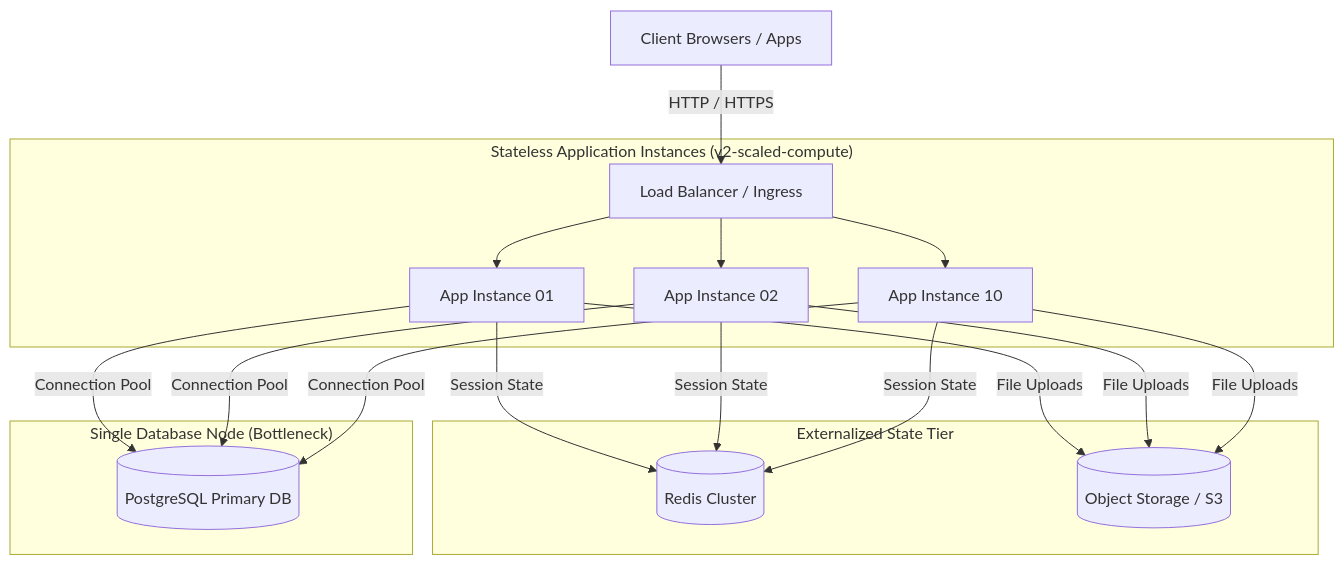
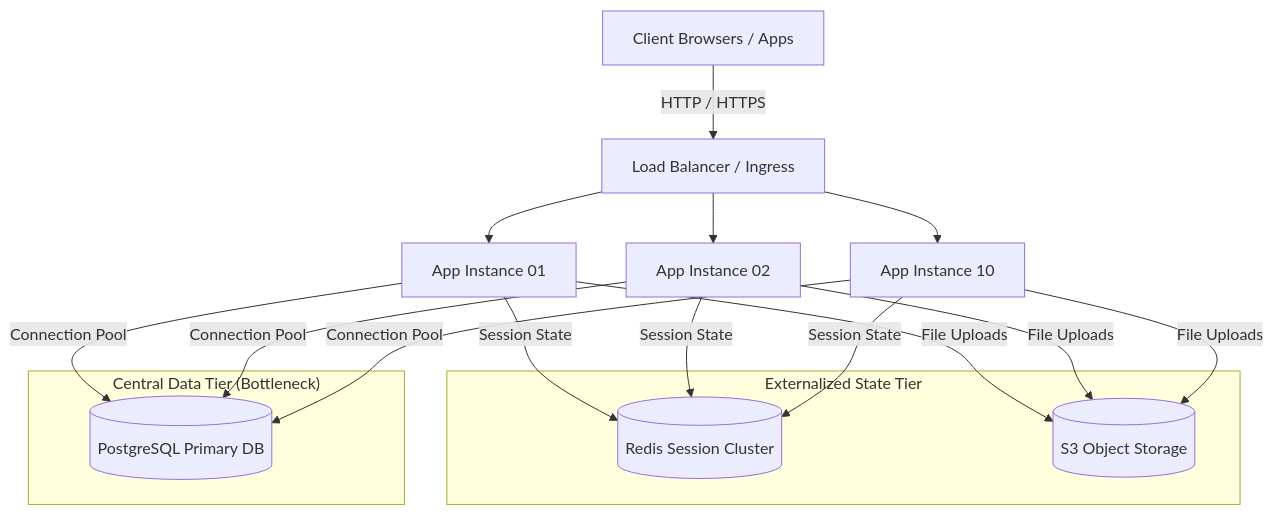
Before and after one commit to userhimanshuverma/30_Days_of_Building_Systems_That_Scale: the diagram in system-evolution/v2-scaled-compute/README.md, drawn with Mermaid. The commit also changed other lines of this file and 1 other file, not shown here.

Commit message:
fix(docs): refactor Mermaid diagrams for strict GitHub rendering compatibility

````diff
--- a/system-evolution/v2-scaled-compute/README.md
+++ b/system-evolution/v2-scaled-compute/README.md
@@ -23,26 +23,29 @@
 ```mermaid
 graph TD
     Client["Client Browsers / Apps"] -->|HTTP / HTTPS| LB["Load Balancer / Ingress"]
 
-    subgraph Stateless_Compute_Tier ["Stateless Application Instances (v2-scaled-compute)"]
-        LB --> App1[App Instance 01]
-        LB --> App2[App Instance 02]
-        LB --> AppN[App Instance 10]
+    LB --> App1["App Instance 01"]
+    LB --> App2["App Instance 02"]
+    LB --> AppN["App Instance 10"]
+
+    subgraph Externalized_State ["Externalized State Tier"]
+        Redis[(Redis Session Cluster)]
+        S3[(S3 Object Storage)]
     end
 
-    subgraph Externalized_State_Tier ["Externalized State Tier"]
-        App1 -->|Session State| Redis[(Redis Cluster)]
-        App2 -->|Session State| Redis
-        AppN -->|Session State| Redis
+    App1 -->|Session State| Redis
+    App2 -->|Session State| Redis
+    AppN -->|Session State| Redis
 
-        App1 -->|File Uploads| S3[(Object Storage / S3)]
-        App2 -->|File Uploads| S3
-        AppN -->|File Uploads| S3
+    App1 -->|File Uploads| S3
+    App2 -->|File Uploads| S3
+    AppN -->|File Uploads| S3
+
+    subgraph Central_Database ["Central Data Tier (Bottleneck)"]
+        DB[(PostgreSQL Primary DB)]
     end
 
-    subgraph Central_Data_Tier ["Single Database Node (Bottleneck)"]
-        App1 -->|Connection Pool| DB[(PostgreSQL Primary DB)]
-        App2 -->|Connection Pool| DB
-        AppN -->|Connection Pool| DB
-    end
+    App1 -->|Connection Pool| DB
+    App2 -->|Connection Pool| DB
+    AppN -->|Connection Pool| DB
 ```
````
